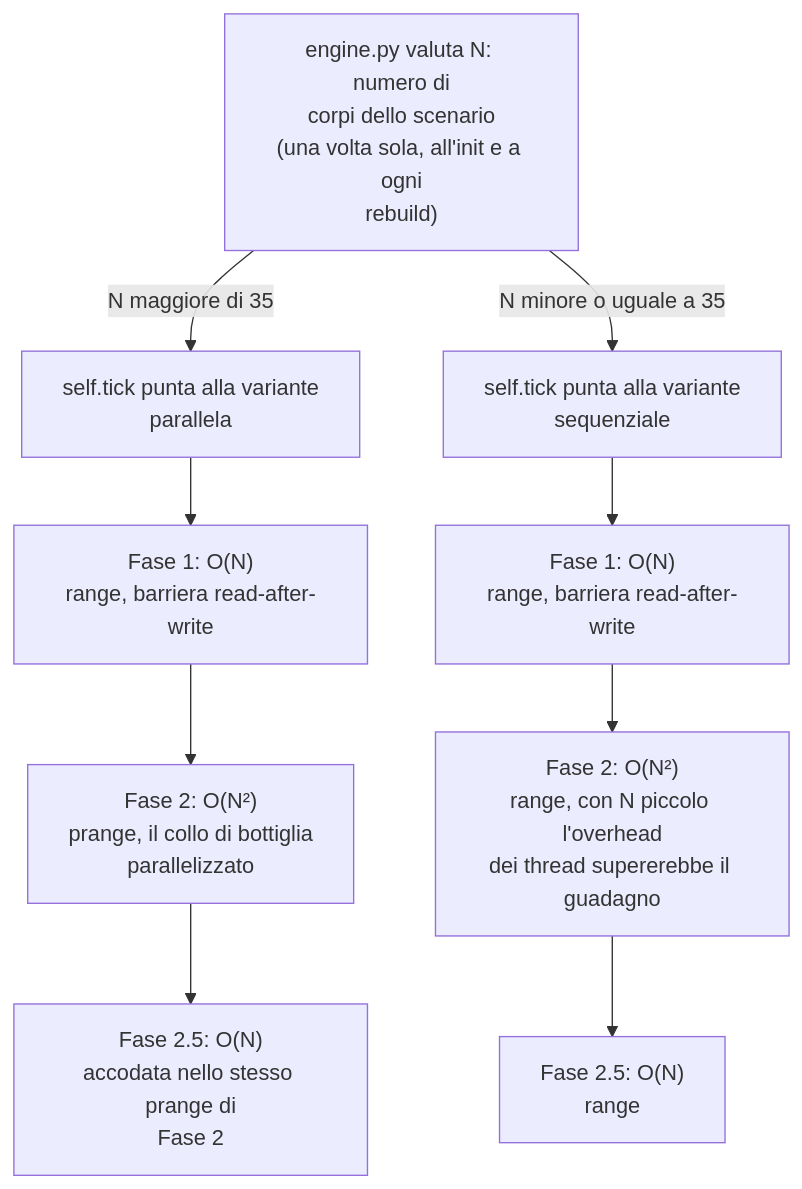
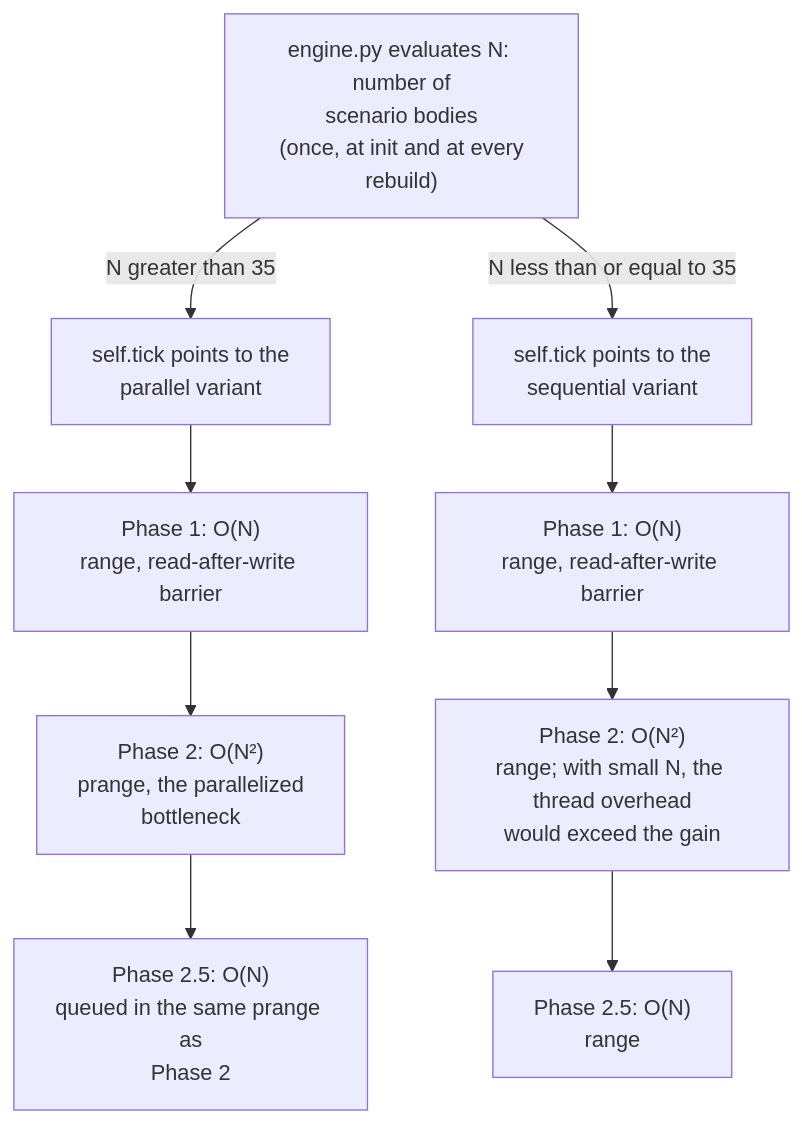
Before and after one commit to alessandro-pioli/AstroCausal_Engine: the first of 11 diagrams in ARCHITECTURE_DEEP_DIVE.md, drawn with Mermaid. The commit also changed other lines of this file and 5 other files, not shown here.

````diff
--- a/ARCHITECTURE_DEEP_DIVE.md
+++ b/ARCHITECTURE_DEEP_DIVE.md
@@ -95,10 +98,10 @@
 ```mermaid
 flowchart TD
-    N["engine.py valuta N: numero di<br/>corpi dello scenario<br/>(una volta sola, all'init e a ogni<br/>rebuild)"]
-    N -->|"N maggiore di 35"| T1["self.tick punta alla variante<br/>parallela"]
-    N -->|"N minore o uguale a 35"| T2["self.tick punta alla variante<br/>sequenziale"]
+    N["engine.py evaluates N: number of<br/>scenario bodies<br/>(once, at init and at every<br/>rebuild)"]
+    N -->|"N greater than 35"| T1["self.tick points to the <br/>parallel variant"]
+    N -->|"N less than or equal to 35"| T2["self.tick points to the <br/>sequential variant"]
 
-    T1 --> P1["Fase 1: O(N)<br/>range, barriera read-after-write"] --> P2["Fase 2: O(N²)<br/>prange, il collo di bottiglia<br/>parallelizzato"] --> P3["Fase 2.5: O(N)<br/>accodata nello stesso prange di<br/>Fase 2"]
+    T1 --> P1["Phase 1: O(N)<br/>range, read-after-write barrier"] --> P2["Phase 2: O(N²)<br/>prange, the parallelized<br/>bottleneck"] --> P3["Phase 2.5: O(N)<br/>queued in the same prange as<br/>Phase 2"]
 
-    T2 --> S1["Fase 1: O(N)<br/>range, barriera read-after-write"] --> S2["Fase 2: O(N²)<br/>range, con N piccolo l'overhead<br/>dei thread supererebbe il guadagno"] --> S3["Fase 2.5: O(N)<br/>range"]
+    T2 --> S1["Phase 1: O(N)<br/>range, read-after-write barrier"] --> S2["Phase 2: O(N²)<br/>range; with small N, the thread overhead<br/>would exceed the gain"] --> S3["Phase 2.5: O(N)<br/>range"]
 ```
````
